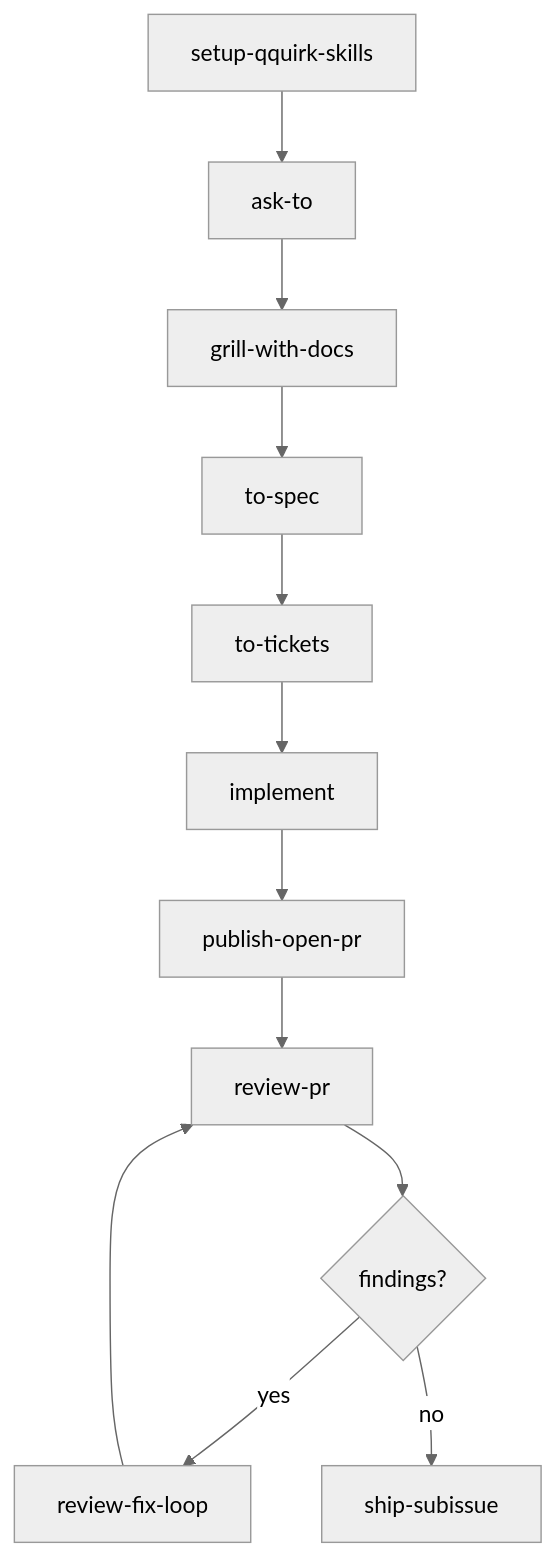
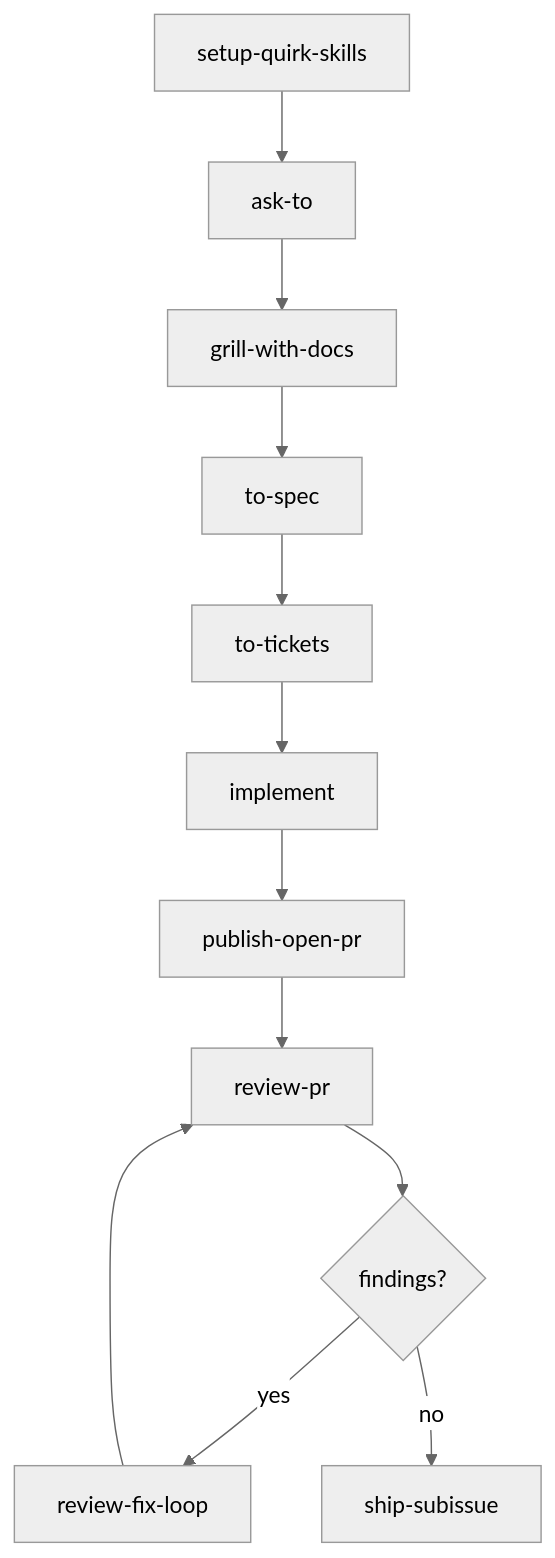
The first of 4 diagrams in README.md (quantumquirkxyz/skills-quantumquirkxyz), drawn with Mermaid (neutral theme) before and after one commit. The commit also changed other lines of this file and 56 other files, not shown here.

Commit message:
Rename project from qquirk to quirk

````diff
--- a/README.md
+++ b/README.md
@@ -36,14 +36,14 @@
 ```mermaid
 flowchart TD
-    A[setup-qquirk-skills] --> B[ask-to]
+    A[setup-quirk-skills] --> B[ask-to]
     B --> C[grill-with-docs]
     C --> D[to-spec]
     D --> E[to-tickets]
     E --> F[implement]
     F --> G[publish-open-pr]
     G --> H[review-pr]
     H --> I{findings?}
     I -->|yes| J[review-fix-loop]
     J --> H
     I -->|no| K[ship-subissue]
 ```
````
